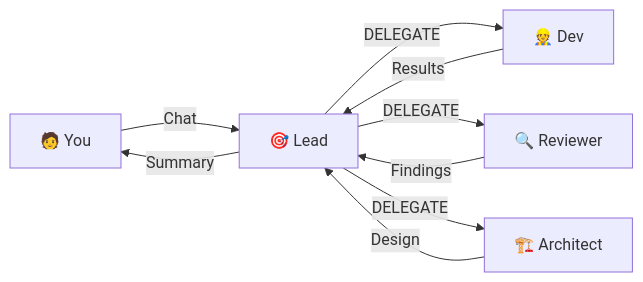
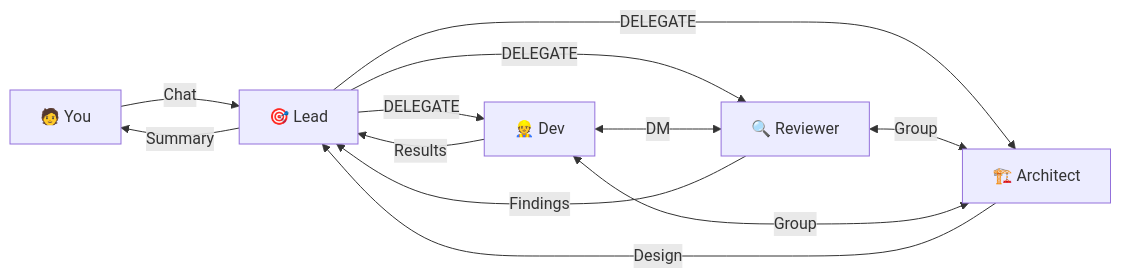
One commit to justinchuby/ai-crew changed the first of 3 diagrams in presentations/slides.md. Above: the diagram before and after it, drawn with Mermaid. The commit also changed other lines of this file, not shown here.

````diff
--- a/presentations/slides.md
+++ b/presentations/slides.md
@@ -268,11 +268,14 @@
 ```mermaid
 graph LR
     You["🧑 You"] -->|"Chat"| Lead["🎯 Lead"]
     Lead -->|"DELEGATE"| D1["👷 Dev"]
     Lead -->|"DELEGATE"| D2["🔍 Reviewer"]
     Lead -->|"DELEGATE"| D3["🏗️ Architect"]
     D1 -->|"Results"| Lead
     D2 -->|"Findings"| Lead
     D3 -->|"Design"| Lead
     Lead -->|"Summary"| You
+    D1 <-->|"DM"| D2
+    D2 <-->|"Group"| D3
+    D1 <-->|"Group"| D3
 ```
````
